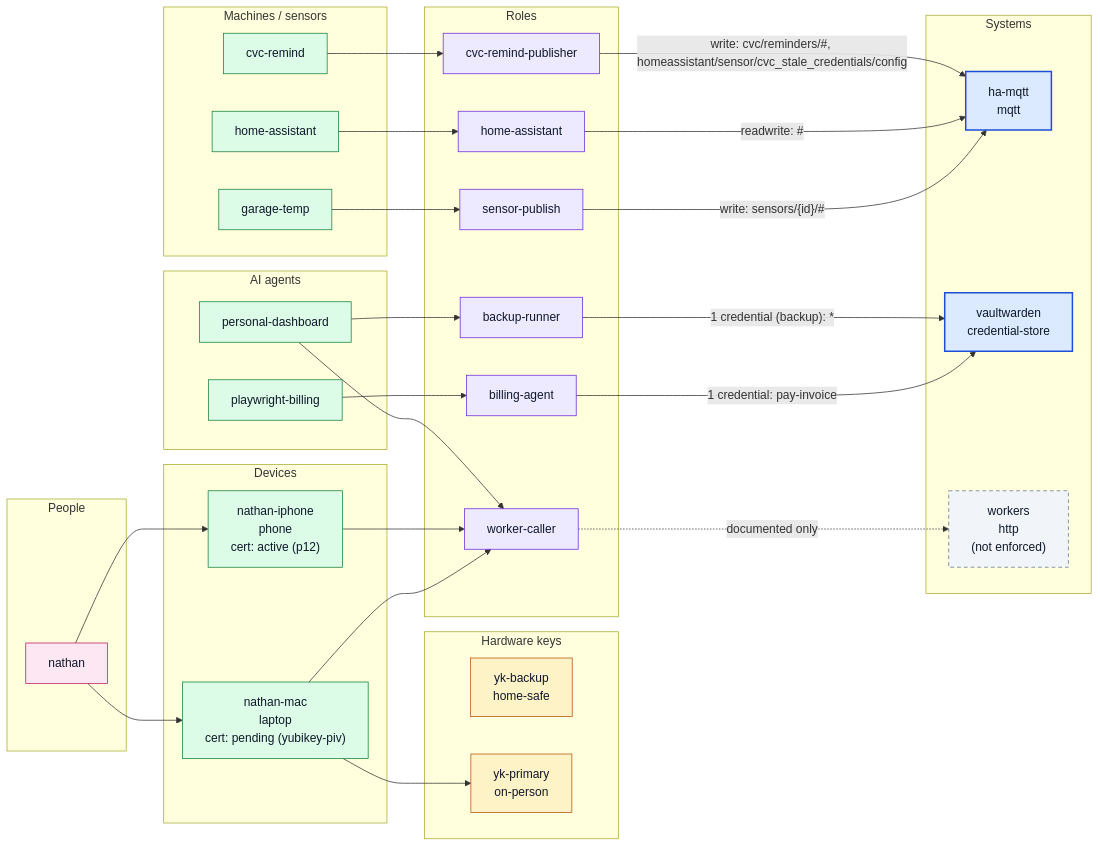
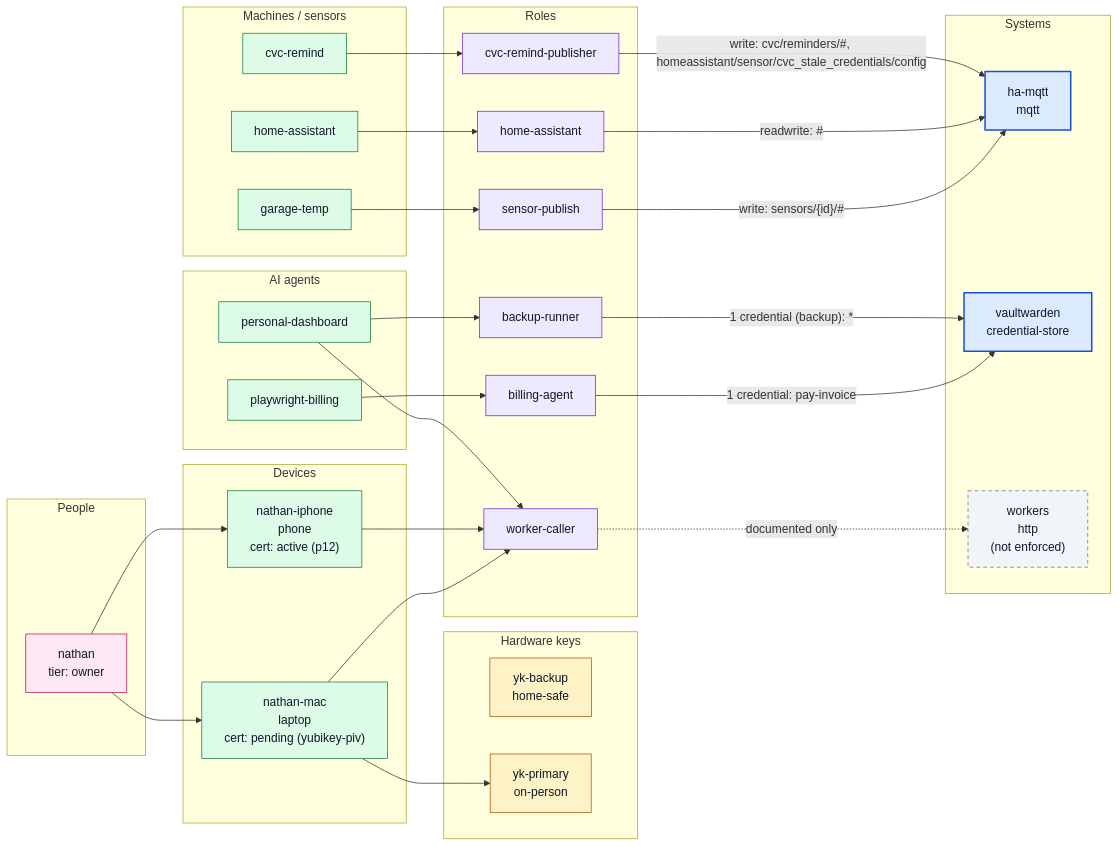
Before and after one commit to opusvar/credential_organizer: the diagram in docs/access-graph.example.md, drawn with Mermaid. The commit also changed other lines of this file and 5 other files, not shown here.

````diff
--- a/docs/access-graph.example.md
+++ b/docs/access-graph.example.md
@@ -5,68 +5,68 @@
 ```mermaid
 flowchart LR
     subgraph agents["AI agents"]
         p_personal_dashboard["personal-dashboard"]
         p_playwright_billing["playwright-billing"]
     end
     subgraph machines["Machines / sensors"]
         p_cvc_remind["cvc-remind"]
         p_garage_temp["garage-temp"]
         p_home_assistant["home-assistant"]
     end
     subgraph people["People"]
-        u_nathan["nathan"]
+        u_nathan["nathan<br/>tier: owner"]
     end
     subgraph hwkeys["Hardware keys"]
         k_yk_backup["yk-backup<br/>home-safe"]
         k_yk_primary["yk-primary<br/>on-person"]
     end
     subgraph devices["Devices"]
         p_nathan_iphone["nathan-iphone<br/>phone<br/>cert: active (p12)"]
         p_nathan_mac["nathan-mac<br/>laptop<br/>cert: pending (yubikey-piv)"]
     end
     subgraph roles["Roles"]
         r_backup_runner["backup-runner"]
         r_billing_agent["billing-agent"]
         r_cvc_remind_publisher["cvc-remind-publisher"]
         r_home_assistant["home-assistant"]
         r_sensor_publish["sensor-publish"]
         r_worker_caller["worker-caller"]
     end
     subgraph systems["Systems"]
         s_ha_mqtt["ha-mqtt<br/>mqtt"]
         s_vaultwarden["vaultwarden<br/>credential-store"]
         s_workers["workers<br/>http<br/>(not enforced)"]
     end
     u_nathan --> p_nathan_iphone
     u_nathan --> p_nathan_mac
     p_nathan_mac --> k_yk_primary
     p_personal_dashboard --> r_backup_runner
     p_personal_dashboard --> r_worker_caller
     p_playwright_billing --> r_billing_agent
     p_cvc_remind --> r_cvc_remind_publisher
     p_garage_temp --> r_sensor_publish
     p_home_assistant --> r_home_assistant
     p_nathan_iphone --> r_worker_caller
     p_nathan_mac --> r_worker_caller
     r_backup_runner -->|"1 credential #40;backup#41;: *"| s_vaultwarden
     r_billing_agent -->|"1 credential: pay-invoice"| s_vaultwarden
     r_cvc_remind_publisher -->|"write: cvc/reminders/#35;, homeassistant/sensor/cvc_stale_credentials/config"| s_ha_mqtt
     r_home_assistant -->|"readwrite: #35;"| s_ha_mqtt
     r_sensor_publish -->|"write: sensors/#123;id#125;/#35;"| s_ha_mqtt
     r_worker_caller -.->|"documented only"| s_workers
     classDef enforced fill:#dbeafe,stroke:#1d4ed8,color:#0f172a,stroke-width:2px
     classDef unenforced fill:#f1f5f9,stroke:#64748b,color:#0f172a,stroke-dasharray:5 4
     classDef role fill:#ede9fe,stroke:#6d28d9,color:#0f172a
     classDef orphan fill:#fef9c3,stroke:#a16207,color:#0f172a,stroke-dasharray:2 3
     classDef principal fill:#dcfce7,stroke:#15803d,color:#0f172a
     classDef expired fill:#e5e7eb,stroke:#9ca3af,color:#6b7280,stroke-dasharray:3 3
     classDef person fill:#fce7f3,stroke:#be185d,color:#0f172a
     classDef hwkey fill:#fef3c7,stroke:#b45309,color:#0f172a
     classDef soon fill:#fed7aa,stroke:#c2410c,color:#0f172a,stroke-width:2px
     class s_ha_mqtt,s_vaultwarden enforced
     class k_yk_backup,k_yk_primary hwkey
     class u_nathan person
     class p_personal_dashboard,p_playwright_billing,p_cvc_remind,p_garage_temp,p_home_assistant,p_nathan_iphone,p_nathan_mac principal
     class r_backup_runner,r_billing_agent,r_cvc_remind_publisher,r_home_assistant,r_sensor_publish,r_worker_caller role
     class s_workers unenforced
 ```
````
